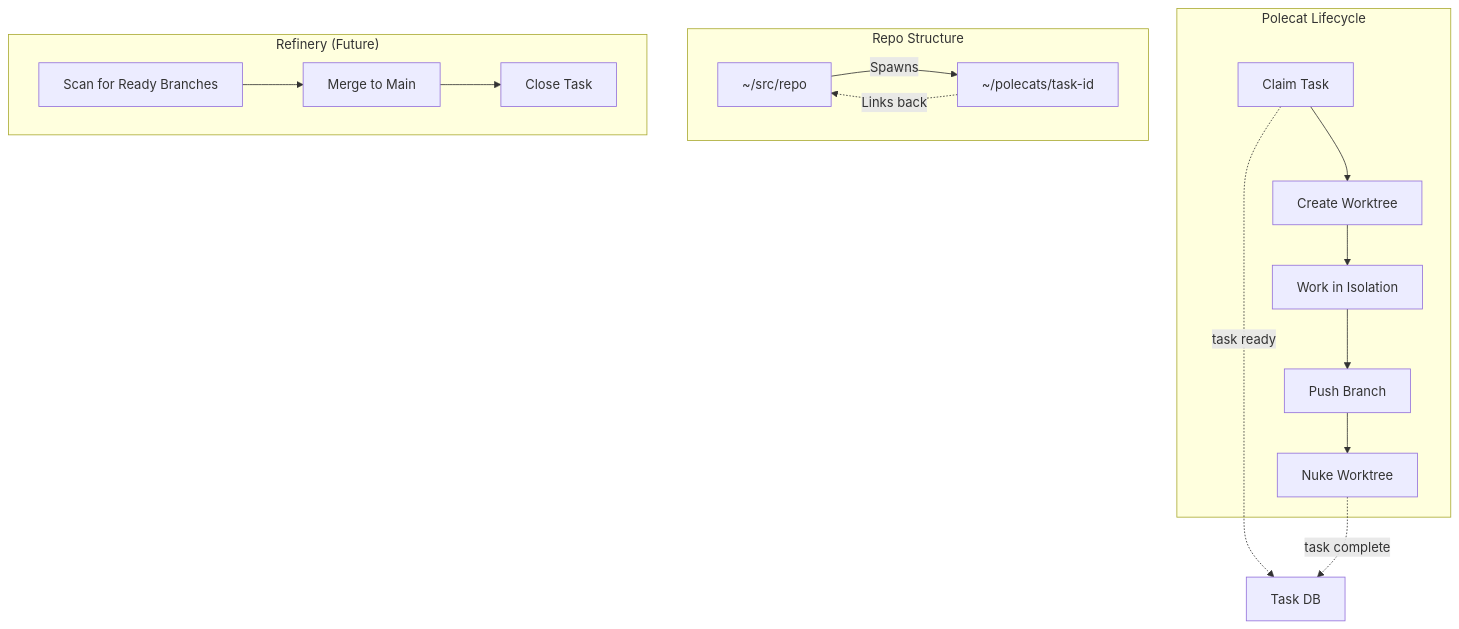
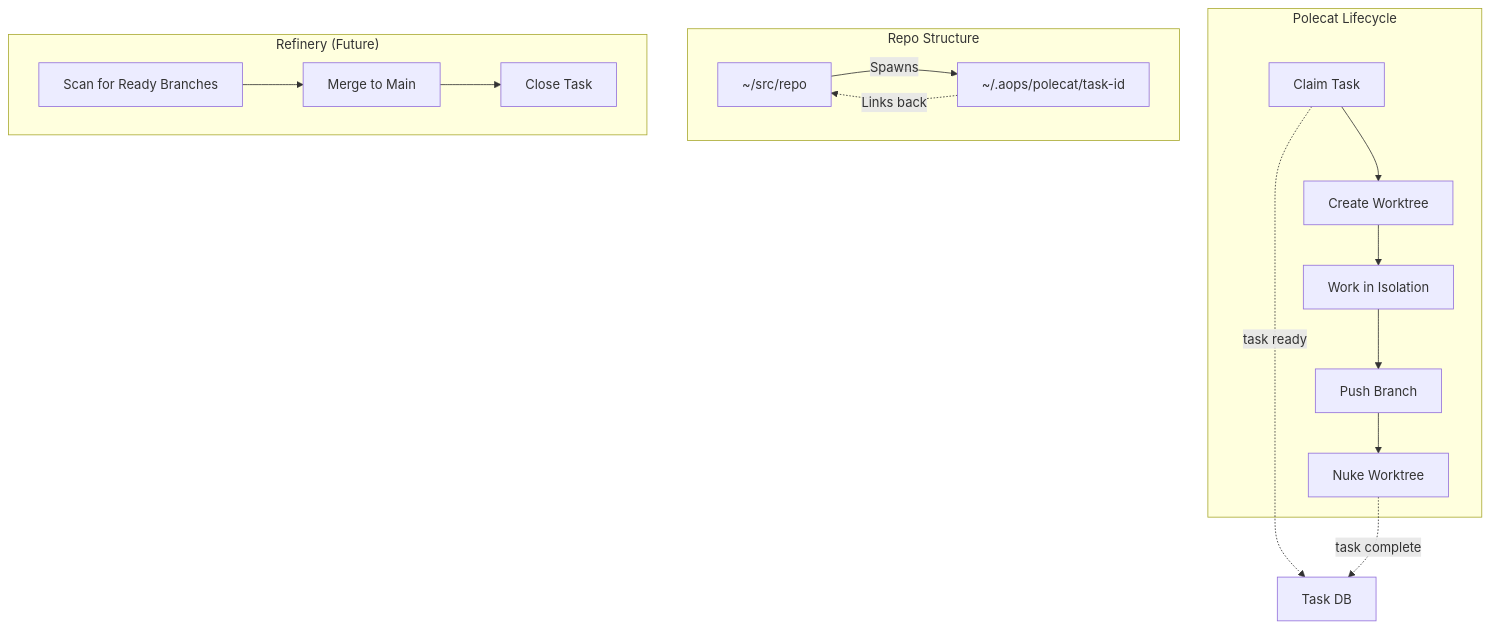
One commit to nicsuzor/academicOps changed the diagram in specs/polecat-system.md. Above: the diagram before and after it, drawn with Mermaid. The commit also changed other lines of this file and 2 other files, not shown here.

Commit message:
Consolidate polecat directories to ~/.aops/polecat/

````diff
--- a/specs/polecat-system.md
+++ b/specs/polecat-system.md
@@ -7,22 +7,22 @@
 ```mermaid
 flowchart TD
     subgraph POLECAT["Polecat Lifecycle"]
         P1[Claim Task] --> P2[Create Worktree]
         P2 --> P3[Work in Isolation]
         P3 --> P4[Push Branch]
         P4 --> P5[Nuke Worktree]
     end
 
     subgraph REPO["Repo Structure"]
-        R1[~/src/repo] -->|Spawns| R2[~/polecats/task-id]
+        R1[~/src/repo] -->|Spawns| R2[~/.aops/polecat/task-id]
         R2 -.->|Links back| R1
     end
 
     subgraph MERGE["Refinery (Future)"]
         M1[Scan for Ready Branches] --> M2[Merge to Main]
         M2 --> M3[Close Task]
     end
 
     P1 -.->|task ready| T[Task DB]
     P5 -.->|task complete| T
 ```
````
